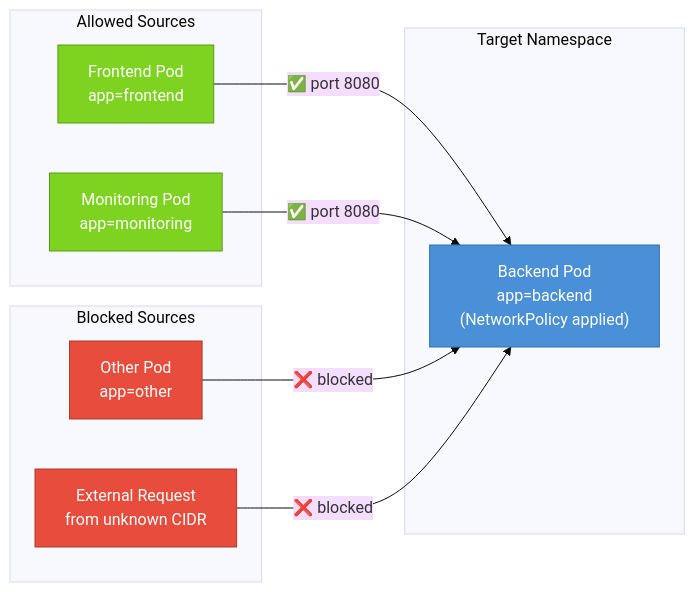
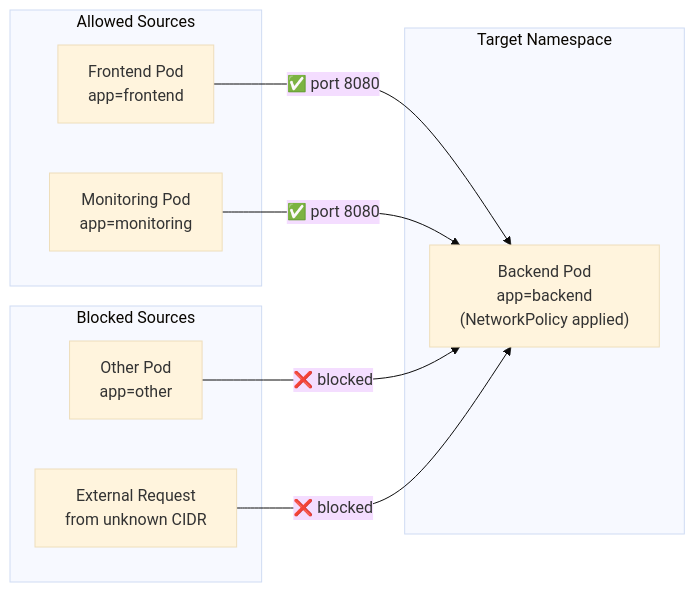
Before and after one commit to Antoine-Flo/kube-mastery: the diagram in src/courses/modules/network-policies/03-ingress-rules/en/content.md, drawn with Mermaid (base theme). The commit also changed 21 other files, not shown here.

Commit message:
remove diagram styles

````diff
--- a/src/courses/modules/network-policies/03-ingress-rules/en/content.md
+++ b/src/courses/modules/network-policies/03-ingress-rules/en/content.md
@@ -90,27 +90,21 @@
 ```mermaid
 graph LR
     subgraph "Allowed Sources"
         F["Frontend Pod\napp=frontend"]
         M["Monitoring Pod\napp=monitoring"]
     end
 
     subgraph "Blocked Sources"
         O["Other Pod\napp=other"]
         EXT["External Request\nfrom unknown CIDR"]
     end
 
     subgraph "Target Namespace"
         B["Backend Pod\napp=backend\n(NetworkPolicy applied)"]
     end
 
     F -->|"✅ port 8080"| B
     M -->|"✅ port 8080"| B
     O -->|"❌ blocked"| B
     EXT -->|"❌ blocked"| B
-
-    style F fill:#7ED321,color:#fff,stroke:#5a9c18
-    style M fill:#7ED321,color:#fff,stroke:#5a9c18
-    style O fill:#E74C3C,color:#fff,stroke:#b03a2e
-    style EXT fill:#E74C3C,color:#fff,stroke:#b03a2e
-    style B fill:#4A90D9,color:#fff,stroke:#2c6fad
 ```
````
